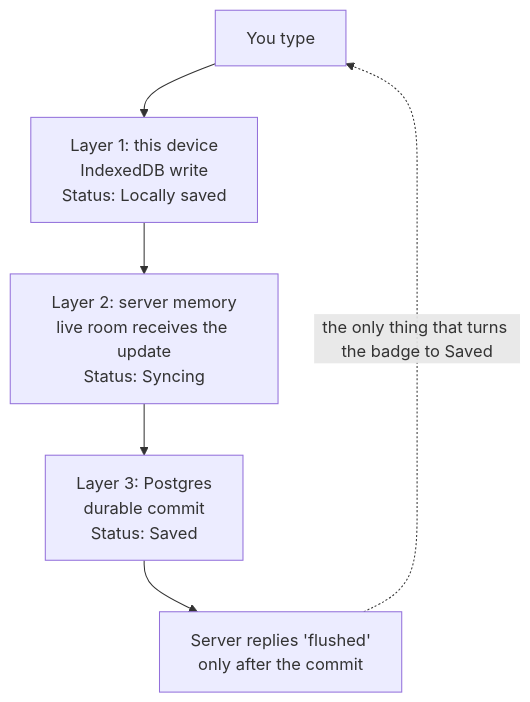
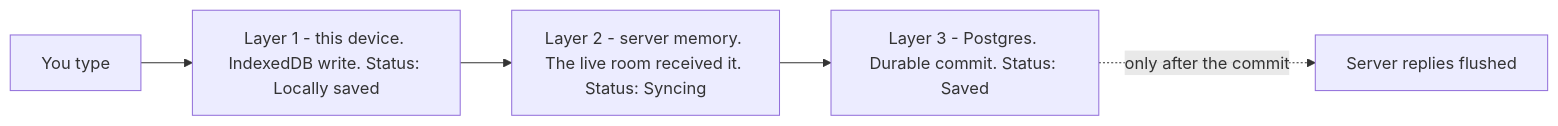
One commit to syncspace-app/syncspace changed the fourth of 7 diagrams in docs/architecture-hld.md. Above: the diagram before and after it, drawn with Mermaid. The commit also changed other lines of this file and 2 other files, not shown here.

````diff
--- a/docs/architecture-hld.md
+++ b/docs/architecture-hld.md
@@ -184,11 +186,7 @@
 ```mermaid
-flowchart TB
-  T["You type"]
-  L1["Layer 1: this device<br/>IndexedDB write<br/>Status: Locally saved"]
-  L2["Layer 2: server memory<br/>live room receives the update<br/>Status: Syncing"]
-  L3["Layer 3: Postgres<br/>durable commit<br/>Status: Saved"]
-  ACK["Server replies 'flushed'<br/>only after the commit"]
-
-  T --> L1 --> L2 --> L3 --> ACK
-  ACK -.->|"the only thing that turns the badge to Saved"| T
+flowchart LR
+  T[You type] --> L1[Layer 1 - this device. IndexedDB write. Status: Locally saved]
+  L1 --> L2[Layer 2 - server memory. The live room received it. Status: Syncing]
+  L2 --> L3[Layer 3 - Postgres. Durable commit. Status: Saved]
+  L3 -.->|only after the commit| ACK[Server replies flushed]
 ```
````
